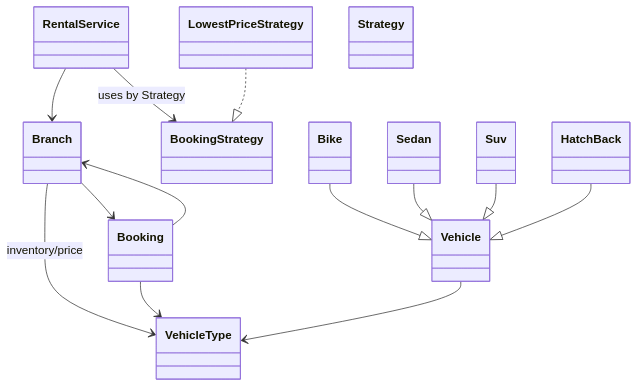
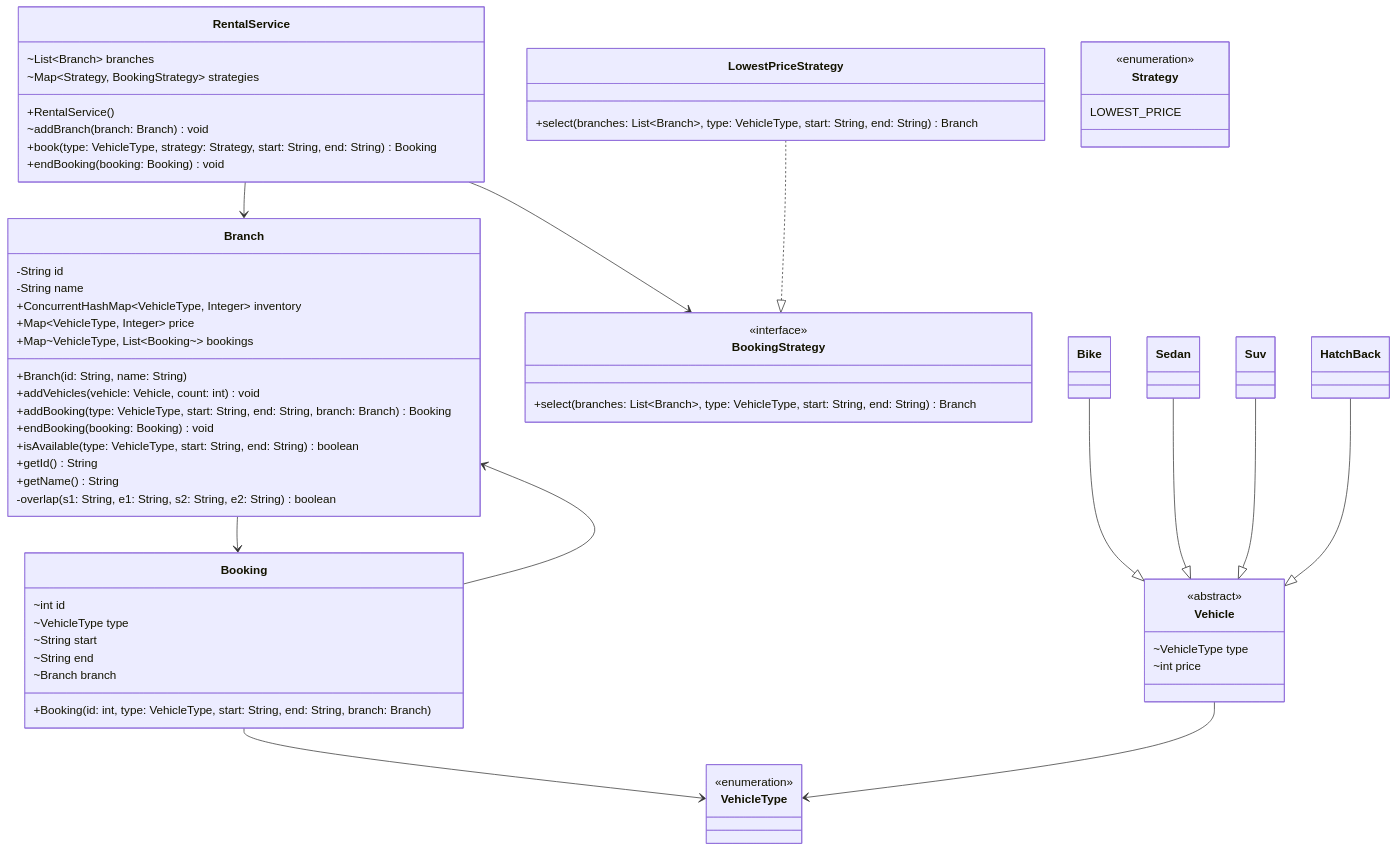
Before and after one commit to aknrg77/LowLevelDesign: the second of 10 diagrams in README.md, drawn with Mermaid. The commit also changed other lines of this file, not shown here.

Commit message:
Enhanced README with detailed UML diagrams for Food Delivery, Vehicle Rental, Ride Booking, and Splitwise modules, including class definitions and relationships.

````diff
--- a/README.md
+++ b/README.md
@@ -40,28 +107,68 @@
 ```mermaid
 classDiagram
-class RentalService
-class Branch
-class Booking
-class BookingStrategy
-class LowestPriceStrategy
-class Vehicle
+class RentalService {
+  ~List~Branch~ branches
+  ~Map~Strategy, BookingStrategy~ strategies
+  +RentalService()
+  ~addBranch(branch: Branch) void
+  +book(type: VehicleType, strategy: Strategy, start: String, end: String) Booking
+  +endBooking(booking: Booking) void
+}
+class Branch {
+  -String id
+  -String name
+  +ConcurrentHashMap~VehicleType, Integer~ inventory
+  +Map~VehicleType, Integer~ price
+  +Map~VehicleType, List~Booking~~ bookings
+  +Branch(id: String, name: String)
+  +addVehicles(vehicle: Vehicle, count: int) void
+  +addBooking(type: VehicleType, start: String, end: String, branch: Branch) Booking
+  +endBooking(booking: Booking) void
+  +isAvailable(type: VehicleType, start: String, end: String) boolean
+  +getId() String
+  +getName() String
+  -overlap(s1: String, e1: String, s2: String, e2: String) boolean
+}
+class Booking {
+  ~int id
+  ~VehicleType type
+  ~String start
+  ~String end
+  ~Branch branch
+  +Booking(id: int, type: VehicleType, start: String, end: String, branch: Branch)
+}
+class BookingStrategy {
+  <<interface>>
+  +select(branches: List~Branch~, type: VehicleType, start: String, end: String) Branch
+}
+class LowestPriceStrategy {
+  +select(branches: List~Branch~, type: VehicleType, start: String, end: String) Branch
+}
+class Vehicle {
+  <<abstract>>
+  ~VehicleType type
+  ~int price
+}
 class Bike
 class Sedan
 class Suv
 class HatchBack
-class VehicleType
-class Strategy
-
-RentalService --> Branch
-RentalService --> BookingStrategy : uses by Strategy
+class VehicleType {
+  <<enumeration>>
+}
+class Strategy {
+  <<enumeration>>
+  LOWEST_PRICE
+}
 LowestPriceStrategy ..|> BookingStrategy
-Branch --> Booking
-Branch --> VehicleType : inventory/price
-Booking --> Branch
-Booking --> VehicleType
 Bike --|> Vehicle
 Sedan --|> Vehicle
 Suv --|> Vehicle
 HatchBack --|> Vehicle
+Branch --> Booking
+Booking --> Branch
+Booking --> VehicleType
 Vehicle --> VehicleType
+RentalService --> Branch
+RentalService --> BookingStrategy
 ```
````
